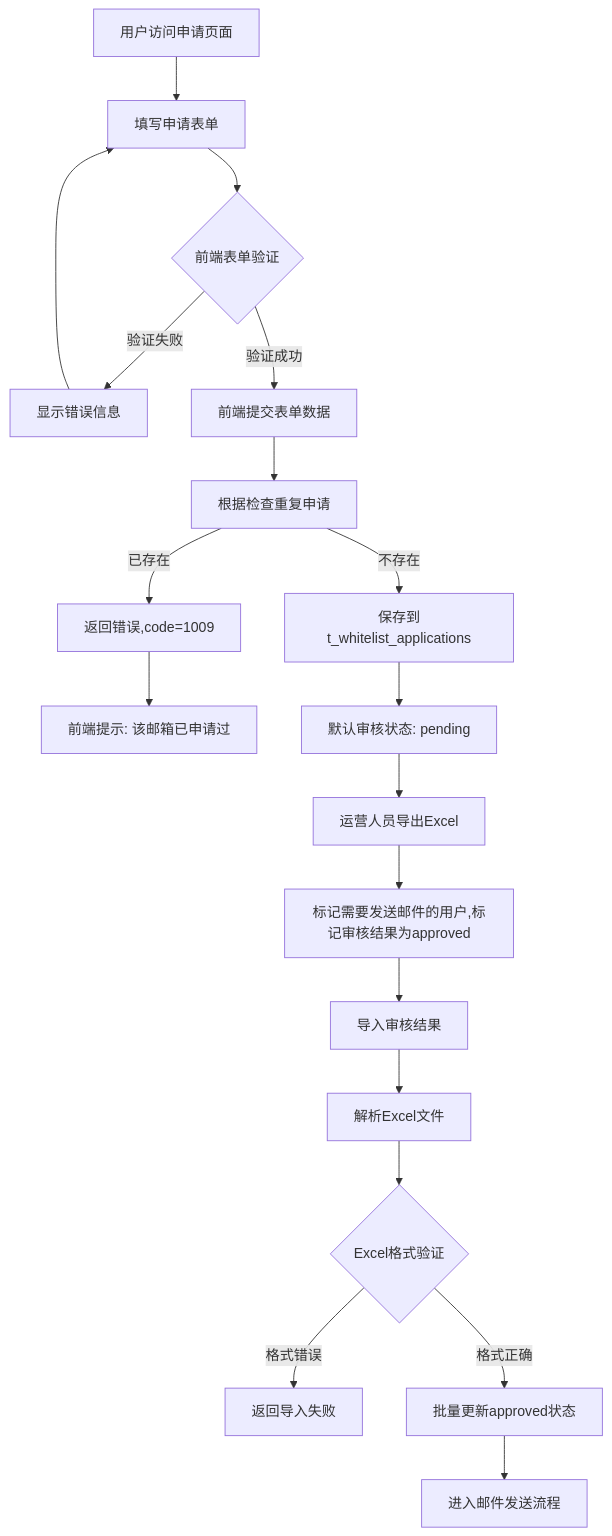
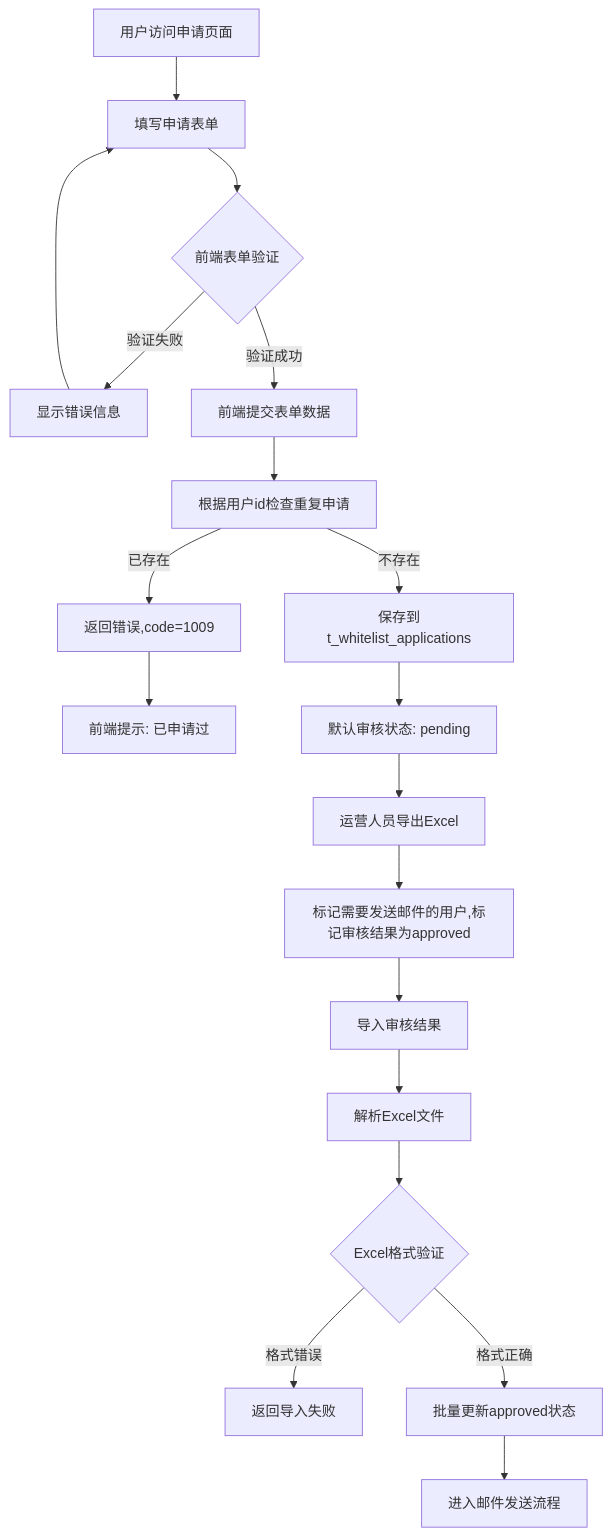
Before and after one commit to yingjianzh/iodraw-files: the diagram in all/未命名-75.md, drawn with Mermaid.

Commit message:
2025-07-08 09:34:43 update

````diff
--- a/all/未命名-75.md
+++ b/all/未命名-75.md
@@ -1,24 +1,24 @@
 ```mermaid
 
 flowchart TD
     A[用户访问申请页面] --> B[填写申请表单]
     B --> C{前端表单验证}
     C -->|验证失败| D[显示错误信息]
     D --> B
     C -->|验证成功| E[前端提交表单数据]
-    E --> F[根据检查重复申请]
+    E --> F[根据用户id检查重复申请]
     F -->|已存在| G[返回错误,code=1009]
-    G --> H[前端提示: 该邮箱已申请过]
+    G --> H[前端提示: 已申请过]
     F -->|不存在| I[保存到t_whitelist_applications]
     I --> K[默认审核状态: pending]
     
     K --> P[运营人员导出Excel]
     P --> S[标记需要发送邮件的用户,标记审核结果为approved]
     S --> T[导入审核结果]
     T --> T2[解析Excel文件]
     T2 --> T3{Excel格式验证}
     T3 -->|格式错误| T4[返回导入失败]
     T3 -->|格式正确| U[批量更新approved状态]
     U --> V[进入邮件发送流程]
 
 ```
````
